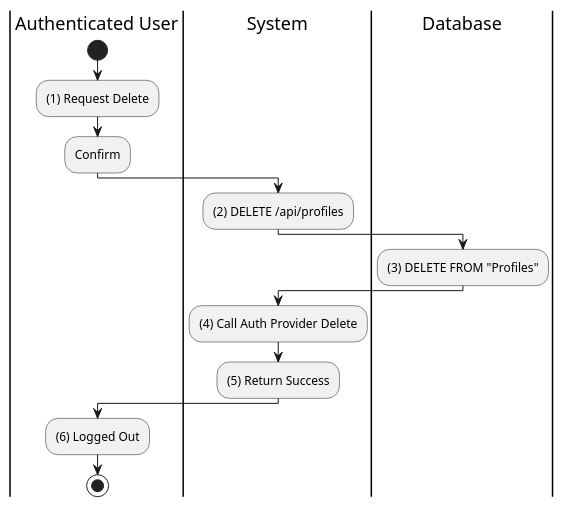
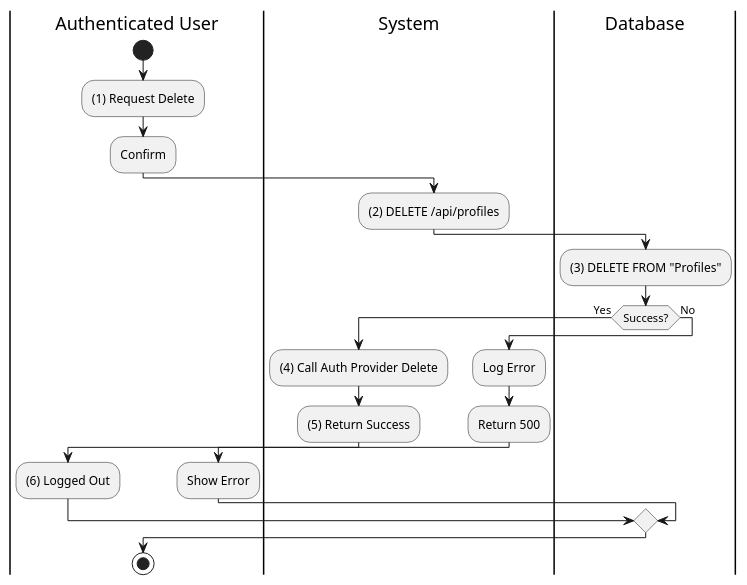
One commit to I-Love-U-3000/Favi-BE changed the fifth of 6 diagrams in UC_2.1.9_Adjust_User_Settings.md. Above: the diagram before and after it, drawn with PlantUML. The commit also changed other lines of this file and 4 other files, not shown here.

````diff
--- a/UC_2.1.9_Adjust_User_Settings.md
+++ b/UC_2.1.9_Adjust_User_Settings.md
@@ -190,18 +206,27 @@
 ```plantuml
 @startuml
 |Authenticated User|
 start
 :(1) Request Delete;
 :Confirm;
 |System|
 :(2) DELETE /api/profiles;
 |Database|
+|Database|
 :(3) DELETE FROM "Profiles";
-|System|
-:(4) Call Auth Provider Delete;
-:(5) Return Success;
-|Authenticated User|
-:(6) Logged Out;
+if (Success?) then (Yes)
+    |System|
+    :(4) Call Auth Provider Delete;
+    :(5) Return Success;
+    |Authenticated User|
+    :(6) Logged Out;
+else (No)
+    |System|
+    :Log Error;
+    :Return 500;
+    |Authenticated User|
+    :Show Error;
+endif
 stop
 @enduml
 ```
````
